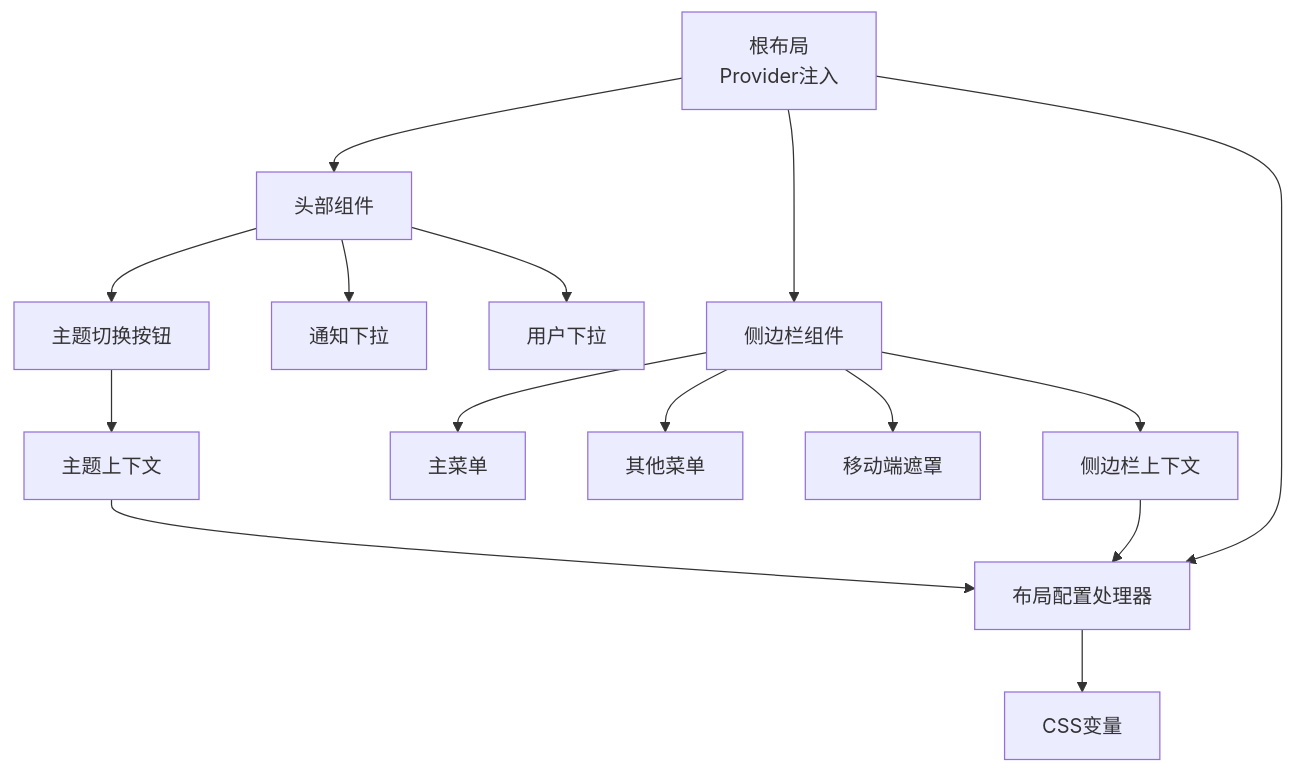
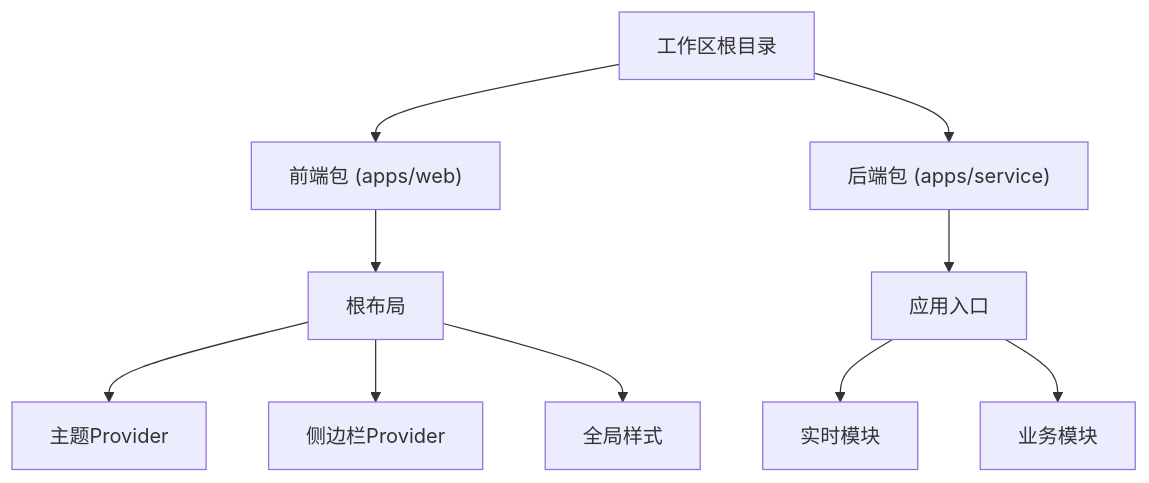
The second of 8 diagrams in .qoder/repowiki/zh/content/架构设计/架构设计.md (HAOFUYANG/nextjs-admin), drawn with Mermaid before and after one commit. The commit also changed other lines of this file and 6 other files, not shown here.

````diff
--- a/.qoder/repowiki/zh/content/架构设计/架构设计.md
+++ b/.qoder/repowiki/zh/content/架构设计/架构设计.md
@@ -120,17 +128,12 @@
 ```mermaid
 graph TB
-Root["根布局<br/>Provider注入"] --> Header["头部组件"]
-Root --> Sidebar["侧边栏组件"]
-Root --> Cfg["布局配置处理器"]
-Header --> ThemeBtn["主题切换按钮"]
-Header --> Noti["通知下拉"]
-Header --> User["用户下拉"]
-Sidebar --> NavMain["主菜单"]
-Sidebar --> NavOthers["其他菜单"]
-Sidebar --> MobileBackdrop["移动端遮罩"]
-ThemeBtn --> ThemeCtx["主题上下文"]
-Sidebar --> SidebarCtx["侧边栏上下文"]
-ThemeCtx --> Cfg
-SidebarCtx --> Cfg
-Cfg --> CSSVars["CSS变量"]
+Workspace["工作区根目录"] --> Web["前端包 (apps/web)"]
+Workspace --> Service["后端包 (apps/service)"]
+Web --> WebLayout["根布局"]
+WebLayout --> ThemeProvider["主题Provider"]
+WebLayout --> SidebarProvider["侧边栏Provider"]
+WebLayout --> GlobalStyles["全局样式"]
+Service --> ServiceEntry["应用入口"]
+ServiceEntry --> RealtimeModule["实时模块"]
+ServiceEntry --> BusinessModules["业务模块"]
 ```
````
